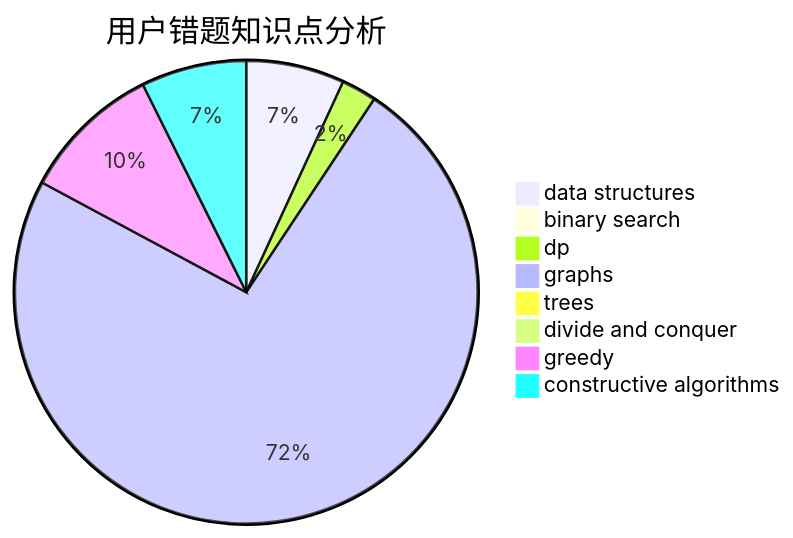
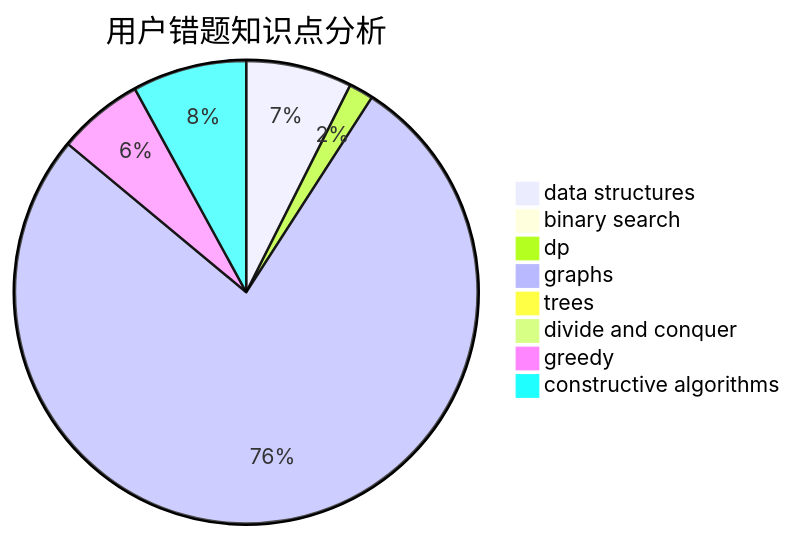
The third of 3 diagrams in docs/user/u1778.md (sherpahu/cfrs.github.io), drawn with Mermaid before and after one commit. The commit also changed other lines of this file and 2770 other files, not shown here.

````diff
--- a/docs/user/u1778.md
+++ b/docs/user/u1778.md
@@ -36,11 +36,11 @@
 ```mermaid
 pie title 用户错题知识点分析
-    "data structures" :  14
+    "data structures" :  26
     "binary search" :  1
-    "dp" :  5
-    "graphs" :  150
+    "dp" :  6
+    "graphs" :  270
     "trees" :  2
     "divide and conquer" :  2
-    "greedy" :  20
-    "constructive algorithms" :  15
+    "greedy" :  21
+    "constructive algorithms" :  28
 ```
````
